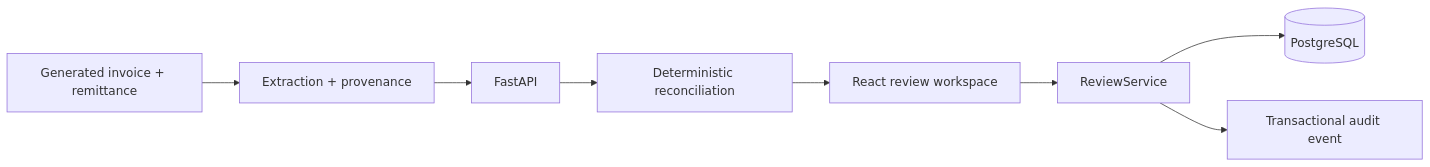
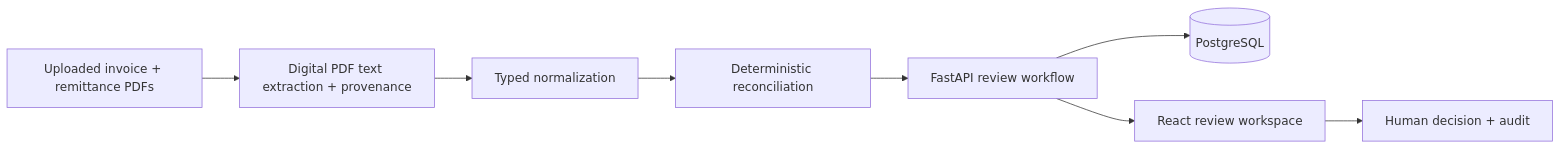
Before and after one commit to Atharva322/ReconAI: the diagram in README.md, drawn with Mermaid. The commit also changed other lines of this file and 16 other files, not shown here.

Commit message:
Add live PDF document processing workflow

````diff
--- a/README.md
+++ b/README.md
@@ -36,10 +36,10 @@
 ```mermaid
 flowchart LR
-    A["Generated invoice + remittance"] --> B["Extraction + provenance"]
-    B --> C["FastAPI"]
+    A["Uploaded invoice + remittance PDFs"] --> B["Digital PDF text extraction + provenance"]
+    B --> C["Typed normalization"]
     C --> D["Deterministic reconciliation"]
-    D --> E["React review workspace"]
-    E --> F["ReviewService"]
-    F --> G[("PostgreSQL")]
-    F --> H["Transactional audit event"]
+    D --> E["FastAPI review workflow"]
+    E --> F[("PostgreSQL")]
+    E --> G["React review workspace"]
+    G --> H["Human decision + audit"]
 ```
````
